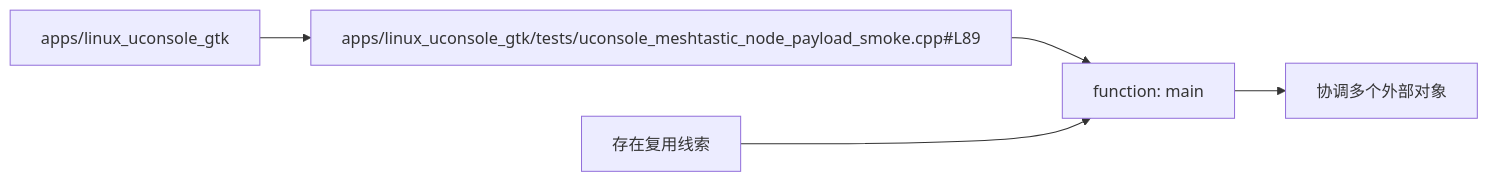
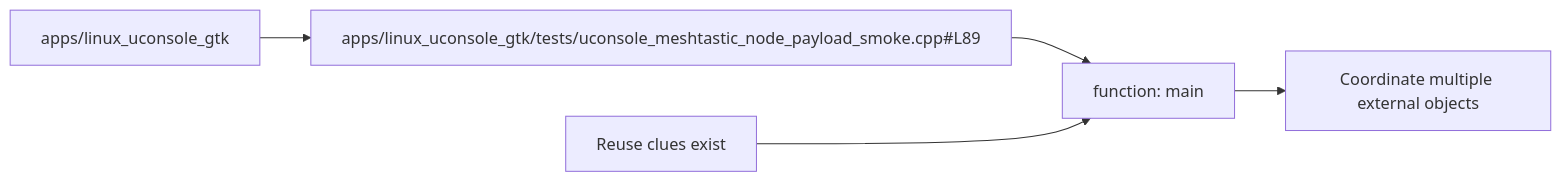
The diagram in docs/engineering/component-diagrams/apps-linux_uconsole_gtk-main/component-diagram.md (manmuqingshan/trail-mate), drawn with Mermaid before and after one commit. The commit also changed other lines of this file and 527 other files, not shown here.

````diff
--- a/docs/engineering/component-diagrams/apps-linux_uconsole_gtk-main/component-diagram.md
+++ b/docs/engineering/component-diagrams/apps-linux_uconsole_gtk-main/component-diagram.md
@@ -40,10 +40,10 @@
 ```mermaid
 flowchart LR
   package_node["apps/linux_uconsole_gtk"]
   file_node["apps/linux_uconsole_gtk/tests/uconsole_meshtastic_node_payload_smoke.cpp#L89"]
   component_node["function: main"]
   package_node --> file_node
   file_node --> component_node
-  component_node --> outgoingRelations["协调多个外部对象"]
-  incomingRelations["存在复用线索"] --> component_node
+ component_node --> outgoingRelations["Coordinate multiple external objects"]
+ incomingRelations["Reuse clues exist"] --> component_node
 ```
````
